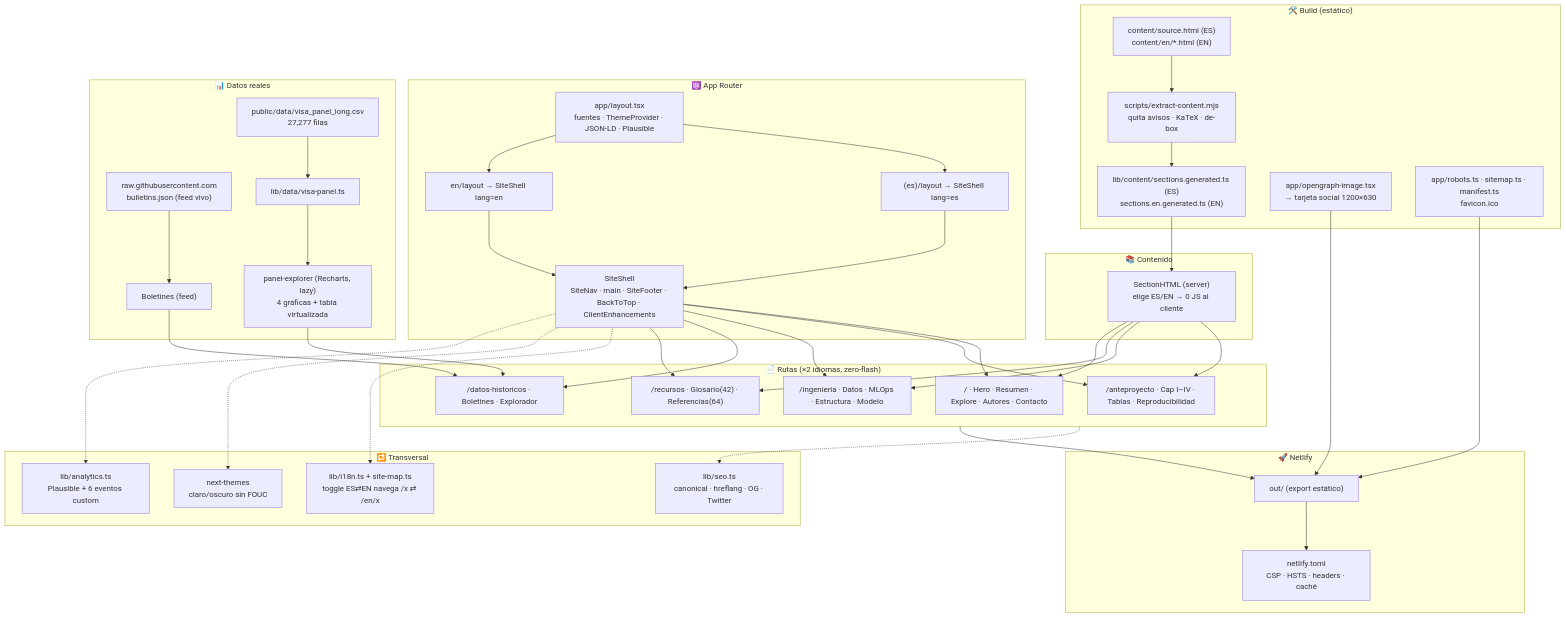
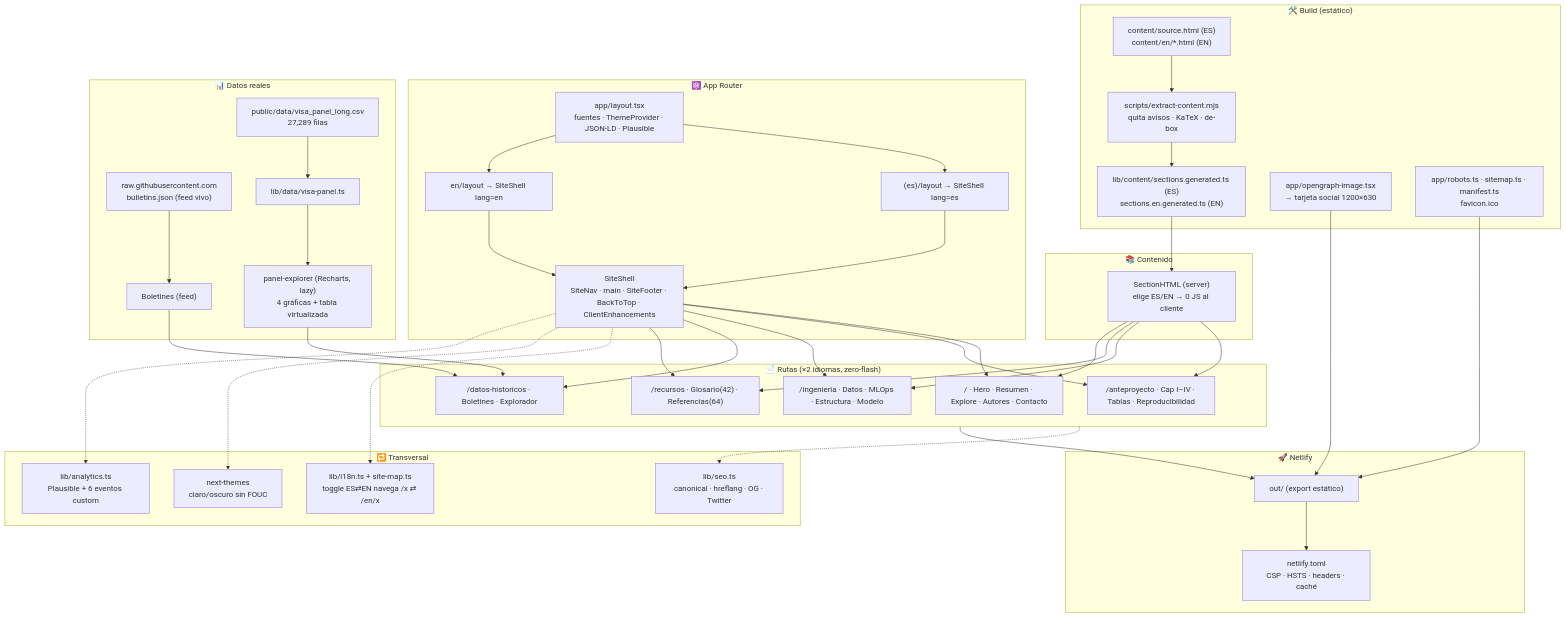
One commit to UACJ-MIAAD/VisaPredictAI_WEB changed the diagram in README.md. Above: the diagram before and after it, drawn with Mermaid. The commit also changed 5 other files, not shown here.

````diff
--- a/README.md
+++ b/README.md
@@ -21,63 +21,63 @@
 ```mermaid
 flowchart TD
     subgraph BUILD["🛠️ Build (estático)"]
         SRC["content/source.html (ES)<br/>content/en/*.html (EN)"]
         EXT["scripts/extract-content.mjs<br/>quita avisos · KaTeX · de-box"]
         GEN["lib/content/sections.generated.ts (ES)<br/>sections.en.generated.ts (EN)"]
         SRC --> EXT --> GEN
         OG["app/opengraph-image.tsx<br/>→ tarjeta social 1200×630"]
         SEOF["app/robots.ts · sitemap.ts · manifest.ts<br/>favicon.ico"]
     end
 
     subgraph APP["⚛️ App Router"]
         RL["app/layout.tsx<br/>fuentes · ThemeProvider · JSON-LD · Plausible"]
         RL --> ES["(es)/layout → SiteShell lang=es"]
         RL --> EN["en/layout → SiteShell lang=en"]
         SHELL["SiteShell<br/>SiteNav · main · SiteFooter · BackToTop · ClientEnhancements"]
         ES --> SHELL
         EN --> SHELL
     end
 
     subgraph ROUTES["📄 Rutas (×2 idiomas, zero-flash)"]
         HOME["/ · Hero · Resumen · Explore · Autores · Contacto"]
         ANTE["/anteproyecto · Cap I–IV · Tablas · Reproducibilidad"]
         ING["/ingenieria · Datos · MLOps · Estructura · Modelo"]
         DAT["/datos-historicos · Boletines · Explorador"]
         REC["/recursos · Glosario(42) · Referencias(64)"]
     end
     SHELL --> HOME & ANTE & ING & DAT & REC
 
     subgraph CONTENT["📚 Contenido"]
         SH["SectionHTML (server)<br/>elige ES/EN → 0 JS al cliente"]
         GEN --> SH
         SH --> ANTE & ING & REC & HOME
     end
 
     subgraph DATA["📊 Datos reales"]
-        CSV["public/data/visa_panel_long.csv<br/>27,277 filas"]
+        CSV["public/data/visa_panel_long.csv<br/>27,289 filas"]
         FEED["raw.githubusercontent.com<br/>bulletins.json (feed vivo)"]
         LOAD["lib/data/visa-panel.ts"]
         CSV --> LOAD --> EXP["panel-explorer (Recharts, lazy)<br/>4 gráficas + tabla virtualizada"]
         FEED --> BOL["Boletines (feed)"]
         EXP --> DAT
         BOL --> DAT
     end
 
     subgraph CROSS["🔁 Transversal"]
         I18N["lib/i18n.ts + site-map.ts<br/>toggle ES⇄EN navega /x ⇄ /en/x"]
         THEME["next-themes<br/>claro/oscuro sin FOUC"]
         ANALYTICS["lib/analytics.ts<br/>Plausible + 6 eventos custom"]
         SEO["lib/seo.ts<br/>canonical · hreflang · OG · Twitter"]
     end
     SHELL -.-> I18N & THEME & ANALYTICS
     ROUTES -.-> SEO
 
     subgraph DEPLOY["🚀 Netlify"]
         OUT["out/ (export estático)"]
         HDR["netlify.toml<br/>CSP · HSTS · headers · caché"]
         OUT --> HDR
     end
     ROUTES --> OUT
     SEOF --> OUT
     OG --> OUT
 ```
````
